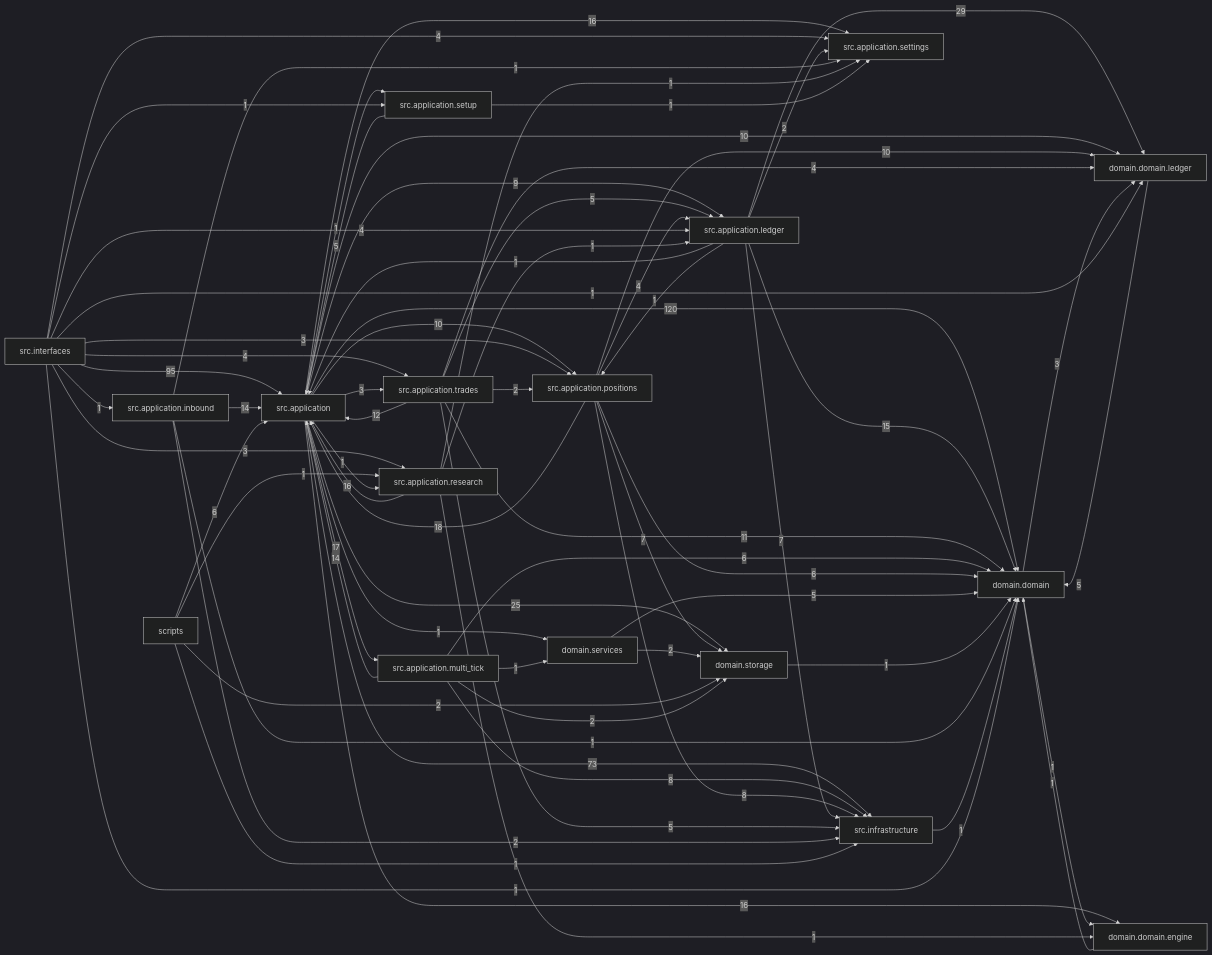
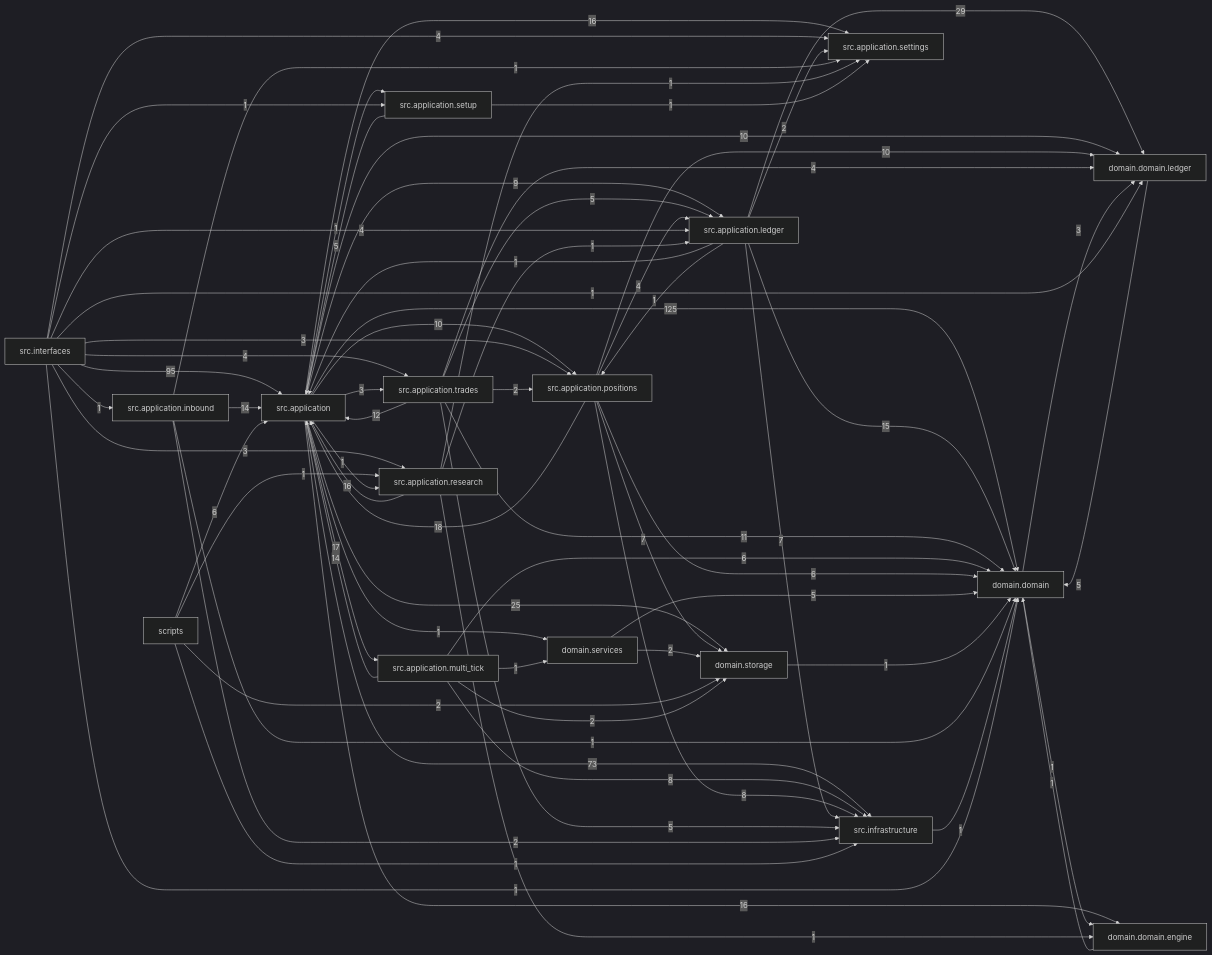
The diagram in docs/dependency_graph.mmd (liuxie066/options-monitor), drawn with Mermaid (dark theme) before and after one commit. The commit also changed 32 other files, not shown here.

```diff
--- a/docs/dependency_graph.mmd
+++ b/docs/dependency_graph.mmd
@@ -1,69 +1,69 @@
 flowchart LR
-  src_application["src.application"] -->|120| domain_domain["domain.domain"]
+  src_application["src.application"] -->|125| domain_domain["domain.domain"]
   src_interfaces["src.interfaces"] -->|95| src_application["src.application"]
   src_application["src.application"] -->|73| src_infrastructure["src.infrastructure"]
   src_application_ledger["src.application.ledger"] -->|29| domain_domain_ledger["domain.domain.ledger"]
   src_application["src.application"] -->|25| domain_storage["domain.storage"]
   src_application_positions["src.application.positions"] -->|18| src_application["src.application"]
   src_application["src.application"] -->|17| src_application_multi_tick["src.application.multi_tick"]
   src_application["src.application"] -->|16| domain_domain_engine["domain.domain.engine"]
   src_application["src.application"] -->|16| src_application_settings["src.application.settings"]
   src_application_research["src.application.research"] -->|16| src_application["src.application"]
   src_application_ledger["src.application.ledger"] -->|15| domain_domain["domain.domain"]
   src_application_inbound["src.application.inbound"] -->|14| src_application["src.application"]
   src_application_multi_tick["src.application.multi_tick"] -->|14| src_application["src.application"]
   src_application_trades["src.application.trades"] -->|12| src_application["src.application"]
   src_application_trades["src.application.trades"] -->|11| domain_domain["domain.domain"]
   src_application["src.application"] -->|10| domain_domain_ledger["domain.domain.ledger"]
   src_application["src.application"] -->|10| src_application_positions["src.application.positions"]
   src_application_positions["src.application.positions"] -->|10| domain_domain_ledger["domain.domain.ledger"]
   src_application["src.application"] -->|9| src_application_ledger["src.application.ledger"]
   src_application_multi_tick["src.application.multi_tick"] -->|8| src_infrastructure["src.infrastructure"]
   src_application_positions["src.application.positions"] -->|8| src_infrastructure["src.infrastructure"]
   src_application_ledger["src.application.ledger"] -->|7| src_infrastructure["src.infrastructure"]
   src_application_positions["src.application.positions"] -->|7| domain_storage["domain.storage"]
   scripts["scripts"] -->|6| src_application["src.application"]
   src_application_multi_tick["src.application.multi_tick"] -->|6| domain_domain["domain.domain"]
   src_application_positions["src.application.positions"] -->|6| domain_domain["domain.domain"]
   domain_domain_ledger["domain.domain.ledger"] -->|5| domain_domain["domain.domain"]
   domain_services["domain.services"] -->|5| domain_domain["domain.domain"]
   src_application_setup["src.application.setup"] -->|5| src_application["src.application"]
   src_application_trades["src.application.trades"] -->|5| src_application_ledger["src.application.ledger"]
   src_application_trades["src.application.trades"] -->|5| src_infrastructure["src.infrastructure"]
   src_application_positions["src.application.positions"] -->|4| src_application_ledger["src.application.ledger"]
   src_application_trades["src.application.trades"] -->|4| domain_domain_ledger["domain.domain.ledger"]
   src_interfaces["src.interfaces"] -->|4| src_application_ledger["src.application.ledger"]
   src_interfaces["src.interfaces"] -->|4| src_application_settings["src.application.settings"]
   src_interfaces["src.interfaces"] -->|4| src_application_trades["src.application.trades"]
   domain_domain["domain.domain"] -->|3| domain_domain_ledger["domain.domain.ledger"]
   src_application["src.application"] -->|3| src_application_trades["src.application.trades"]
   src_interfaces["src.interfaces"] -->|3| src_application_positions["src.application.positions"]
   src_interfaces["src.interfaces"] -->|3| src_application_research["src.application.research"]
   domain_services["domain.services"] -->|2| domain_storage["domain.storage"]
   scripts["scripts"] -->|2| domain_storage["domain.storage"]
   src_application_inbound["src.application.inbound"] -->|2| src_infrastructure["src.infrastructure"]
   src_application_ledger["src.application.ledger"] -->|2| src_application_settings["src.application.settings"]
   src_application_multi_tick["src.application.multi_tick"] -->|2| domain_storage["domain.storage"]
   src_application_trades["src.application.trades"] -->|2| src_application_positions["src.application.positions"]
   domain_domain["domain.domain"] -->|1| domain_domain_engine["domain.domain.engine"]
   domain_domain_engine["domain.domain.engine"] -->|1| domain_domain["domain.domain"]
   domain_storage["domain.storage"] -->|1| domain_domain["domain.domain"]
   scripts["scripts"] -->|1| src_application_research["src.application.research"]
   scripts["scripts"] -->|1| src_infrastructure["src.infrastructure"]
   src_application["src.application"] -->|1| domain_services["domain.services"]
   src_application["src.application"] -->|1| src_application_research["src.application.research"]
   src_application["src.application"] -->|1| src_application_setup["src.application.setup"]
   src_application_inbound["src.application.inbound"] -->|1| domain_domain["domain.domain"]
   src_application_inbound["src.application.inbound"] -->|1| src_application_settings["src.application.settings"]
   src_application_ledger["src.application.ledger"] -->|1| src_application["src.application"]
   src_application_ledger["src.application.ledger"] -->|1| src_application_positions["src.application.positions"]
   src_application_multi_tick["src.application.multi_tick"] -->|1| domain_services["domain.services"]
   src_application_research["src.application.research"] -->|1| domain_domain_engine["domain.domain.engine"]
   src_application_research["src.application.research"] -->|1| src_application_ledger["src.application.ledger"]
   src_application_research["src.application.research"] -->|1| src_application_settings["src.application.settings"]
   src_application_setup["src.application.setup"] -->|1| src_application_settings["src.application.settings"]
   src_infrastructure["src.infrastructure"] -->|1| domain_domain["domain.domain"]
   src_interfaces["src.interfaces"] -->|1| domain_domain["domain.domain"]
   src_interfaces["src.interfaces"] -->|1| domain_domain_ledger["domain.domain.ledger"]
   src_interfaces["src.interfaces"] -->|1| src_application_inbound["src.application.inbound"]
   src_interfaces["src.interfaces"] -->|1| src_application_setup["src.application.setup"]
```
